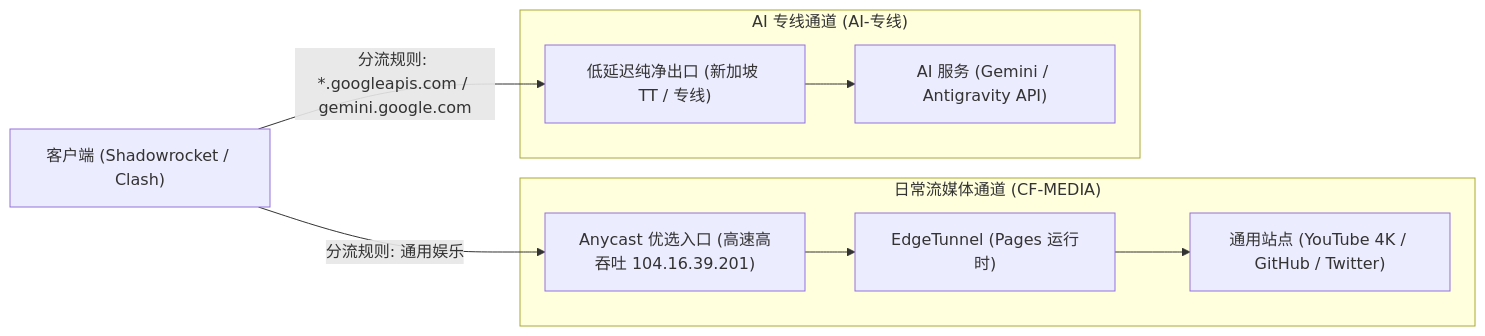
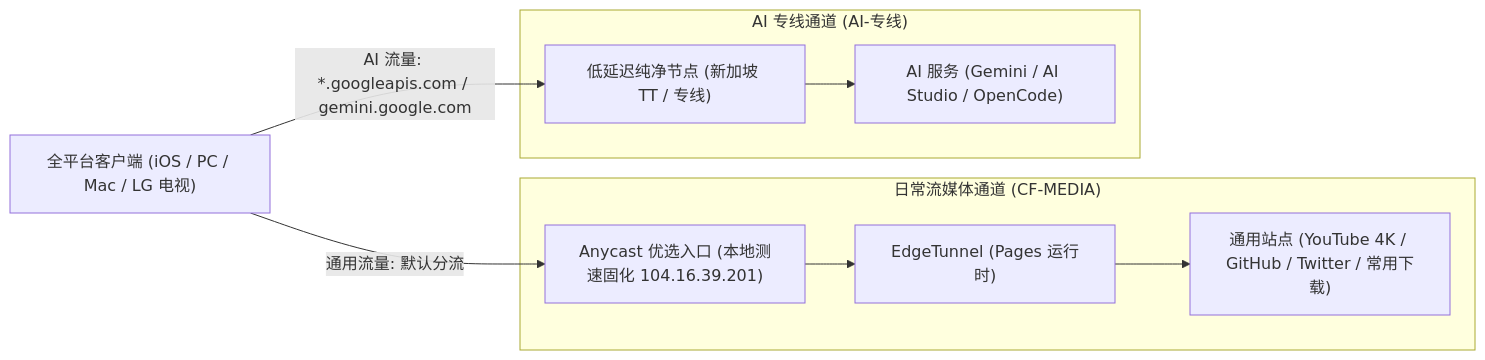
One commit to RealRayTan/edge-routing changed the diagram in README.md. Above: the diagram before and after it, drawn with Mermaid. The commit also changed other lines of this file and 1 other file, not shown here.

````diff
--- a/README.md
+++ b/README.md
@@ -7,20 +7,20 @@
 ```mermaid
 flowchart LR
-    client["客户端 (Shadowrocket / Clash)"]
+    client["全平台客户端 (iOS / PC / Mac / LG 电视)"]
     
     subgraph media["日常流媒体通道 (CF-MEDIA)"]
-        entry["Anycast 优选入口 (高速高吞吐 104.16.39.201)"]
+        entry["Anycast 优选入口 (本地测速固化 104.16.39.201)"]
         worker["EdgeTunnel (Pages 运行时)"]
-        dest_gen["通用站点 (YouTube 4K / GitHub / Twitter)"]
+        dest_gen["通用站点 (YouTube 4K / GitHub / Twitter / 常用下载)"]
         entry --> worker --> dest_gen
     end
     
     subgraph ai["AI 专线通道 (AI-专线)"]
-        node_ai["低延迟纯净出口 (新加坡 TT / 专线)"]
-        dest_ai["AI 服务 (Gemini / Antigravity API)"]
+        node_ai["低延迟纯净节点 (新加坡 TT / 专线)"]
+        dest_ai["AI 服务 (Gemini / AI Studio / OpenCode)"]
         node_ai --> dest_ai
     end
 
-    client -->|分流规则: 通用娱乐| entry
-    client -->|分流规则: *.googleapis.com / gemini.google.com| node_ai
+    client -->|通用流量: 默认分流| entry
+    client -->|AI 流量: *.googleapis.com / gemini.google.com| node_ai
 ```
````
